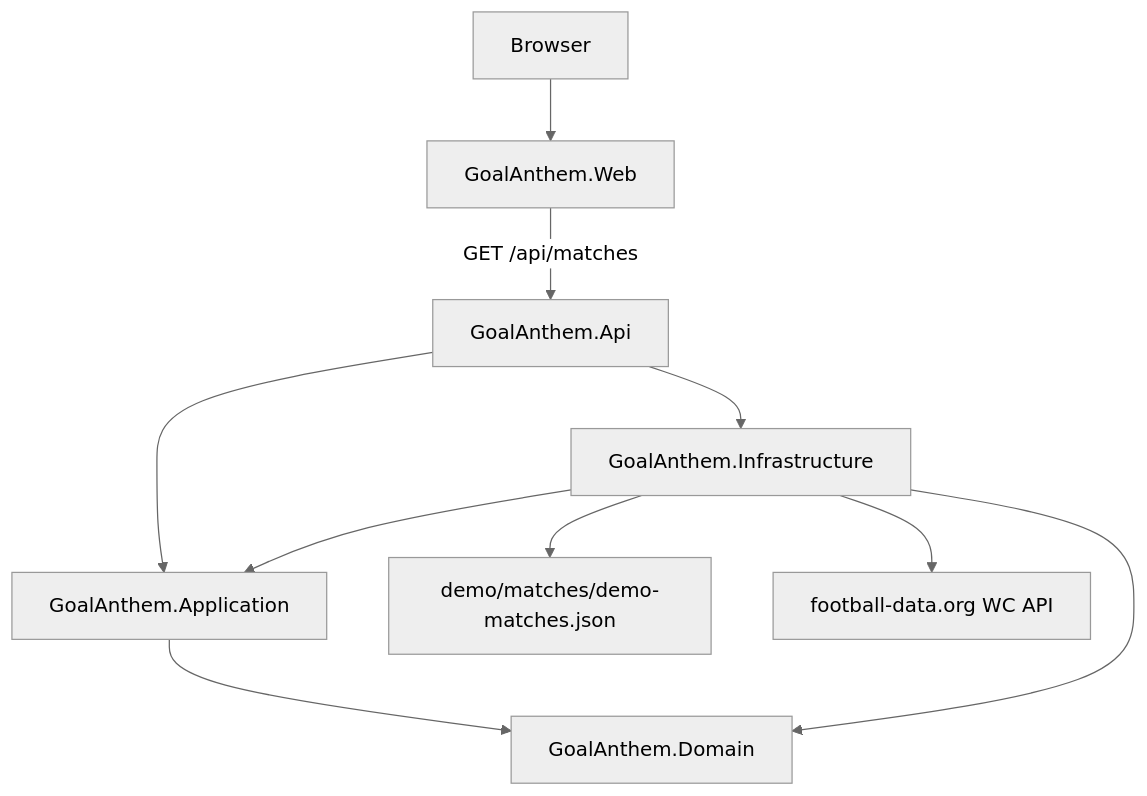
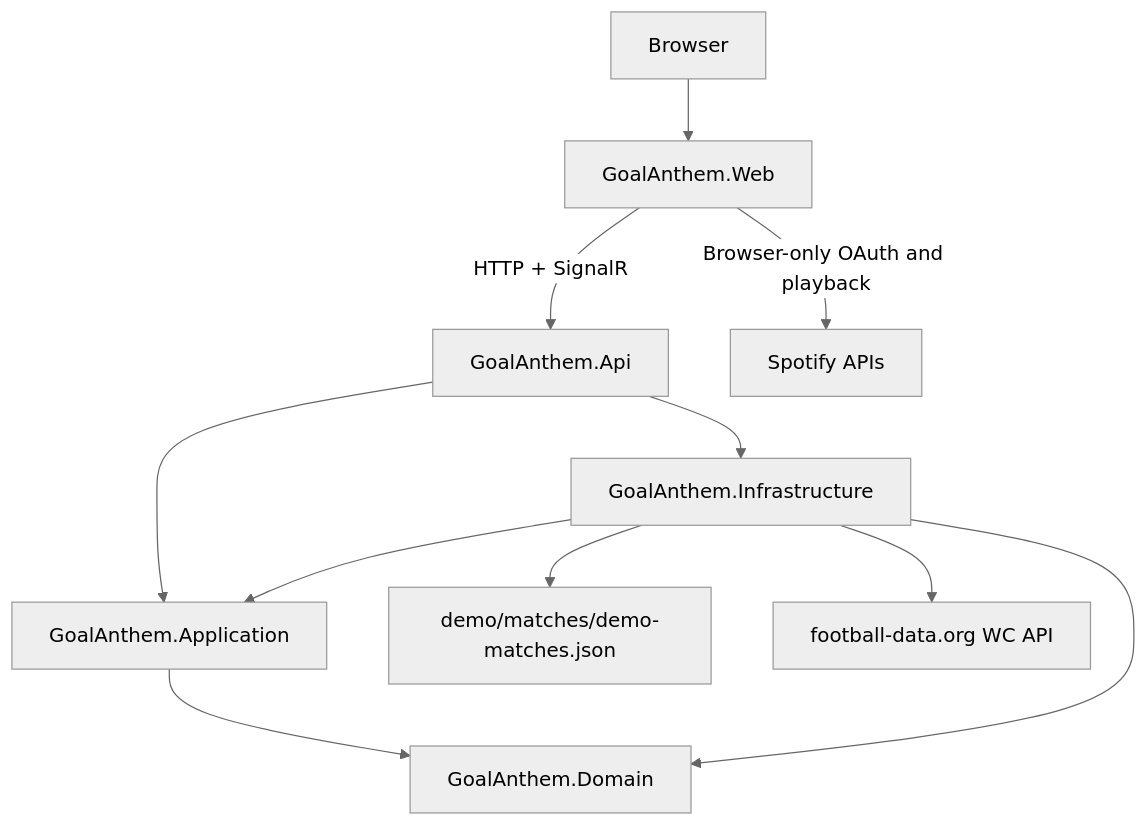
Before and after one commit to HugoSpangberg/play-your-goal-anthem: the diagram in docs/architecture/architecture.md, drawn with Mermaid (neutral theme). The commit also changed other lines of this file and 5 other files, not shown here.

Commit message:
docs: document SignalR sessions and Spotify boundary

````diff
--- a/docs/architecture/architecture.md
+++ b/docs/architecture/architecture.md
@@ -5,12 +5,13 @@
 ```mermaid
 flowchart TD
   Browser[Browser] --> Web[GoalAnthem.Web]
-  Web -->|GET /api/matches| Api[GoalAnthem.Api]
+  Web -->|HTTP + SignalR| Api[GoalAnthem.Api]
+  Web -->|Browser-only OAuth and playback| Spotify[Spotify APIs]
   Api --> App[GoalAnthem.Application]
   Api --> Infra[GoalAnthem.Infrastructure]
   App --> Domain[GoalAnthem.Domain]
   Infra --> App
   Infra --> Domain
   Infra --> Data[demo/matches/demo-matches.json]
   Infra --> FootballData[football-data.org WC API]
 ```
````
